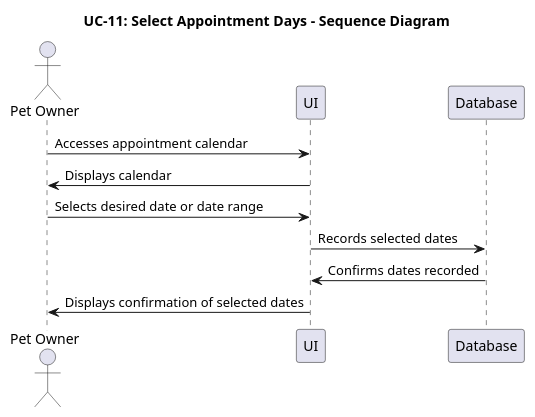
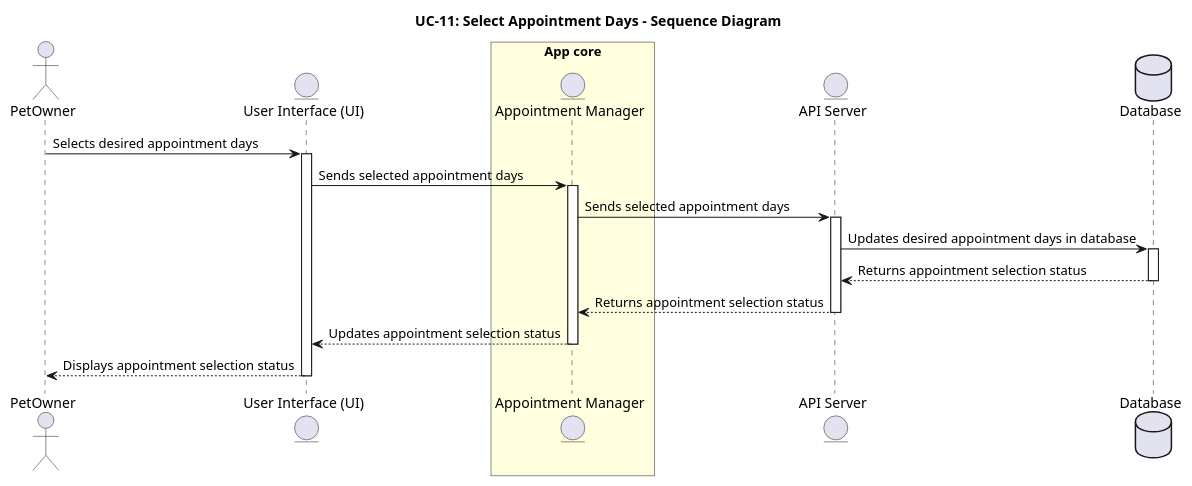
One commit to IrenePorta/PetSitters changed the diagram in Documents/PlantUML/UC-11_SEQUENCE_Diagram.puml. Above: the diagram before and after it, drawn with PlantUML. The commit also changed other lines of this file, not shown here.

```diff
--- a/Documents/PlantUML/UC-11_SEQUENCE_Diagram.puml
+++ b/Documents/PlantUML/UC-11_SEQUENCE_Diagram.puml
@@ -1,17 +1,35 @@
 @startuml
-title UC-11: Select Appointment Days - Sequence Diagram
+title: UC-11: Select Appointment Days - Sequence Diagram
+actor PetOwner
+entity "User Interface (UI)" as UI
+box "App core" #LightYellow
+  entity "Appointment Manager" as AppCore
+end box
+entity "API Server" as API
+database "Database" as DB
 
-actor "Pet Owner" as owner
-participant "UI" as ui
-participant "Database" as db
+PetOwner -> UI : Selects desired appointment days
+activate UI
 
-owner -> ui: Accesses appointment calendar
-ui -> owner: Displays calendar
+UI -> AppCore : Sends selected appointment days
+activate AppCore
 
-owner -> ui: Selects desired date or date range
-ui -> db: Records selected dates
+AppCore -> API : Sends selected appointment days
+activate API
 
-db -> ui: Confirms dates recorded
-ui -> owner: Displays confirmation of selected dates
+API -> DB : Updates desired appointment days in database
+activate DB
+
+DB --> API : Returns appointment selection status
+deactivate DB
+
+API --> AppCore : Returns appointment selection status
+deactivate API
+
+AppCore --> UI : Updates appointment selection status
+deactivate AppCore
+
+UI --> PetOwner : Displays appointment selection status
+deactivate UI
 
 @enduml
```
